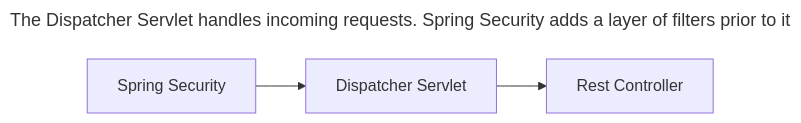
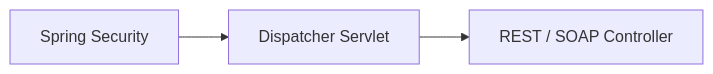
Before and after one commit to manolis-messalas/OmniAPI: the first of 2 diagrams in docs/Security & Authorization.md, drawn with Mermaid. The commit also changed other lines of this file and 3 other files, not shown here.

`````diff
--- a/docs/Security & Authorization.md
+++ b/docs/Security & Authorization.md
@@ -18,8 +31,5 @@
-````mermaid
----
-title:  The Dispatcher Servlet handles incoming requests. Spring Security adds a layer of filters prior to it
----
+```mermaid
 flowchart LR
-    A[Spring Security] --> B[Dispatcher Servlet];
-    B --> C[Rest Controller];
-````
+    A[Spring Security] --> B[Dispatcher Servlet]
+    B --> C[REST / SOAP Controller]
+```
`````
